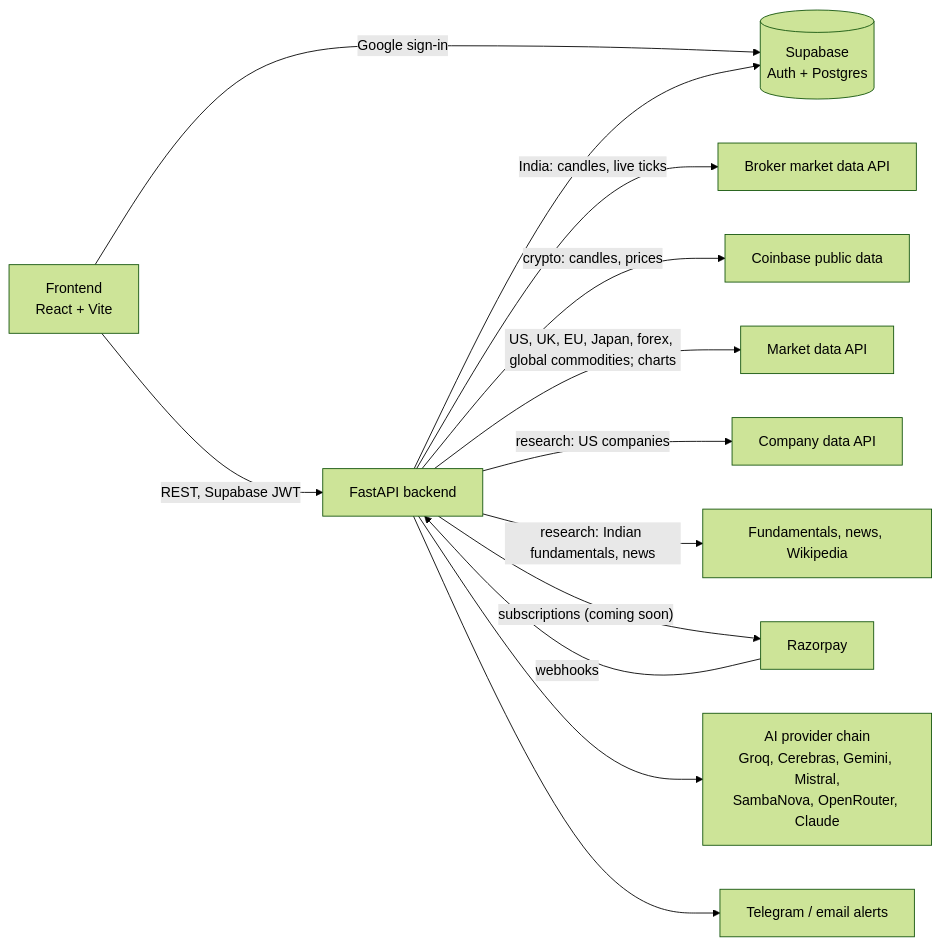
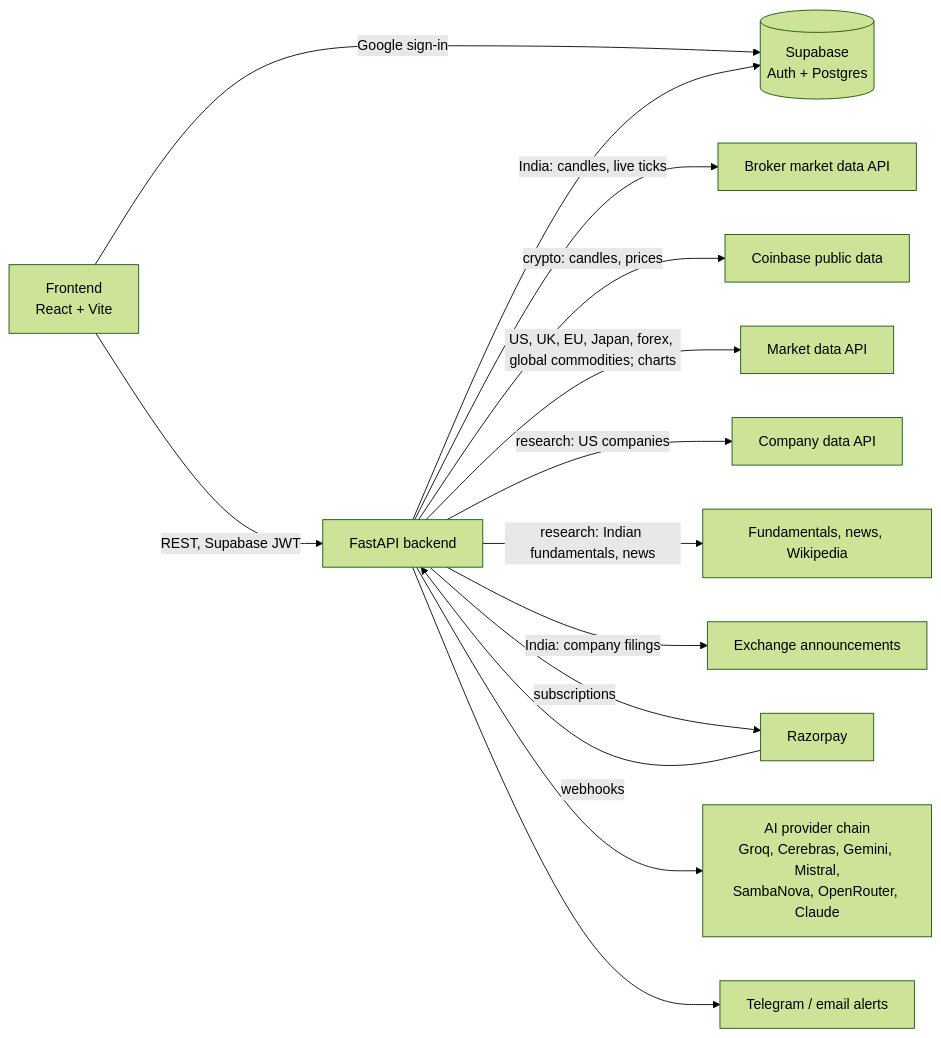
Before and after one commit to prakul1982/stratlab: the diagram in README.md, drawn with Mermaid (forest theme). The commit also changed other lines of this file and 19 other files, not shown here.

````diff
--- a/README.md
+++ b/README.md
@@ -166,15 +188,16 @@
 ```mermaid
 flowchart LR
     UI["Frontend<br/>React + Vite"] -- "REST, Supabase JWT" --> API["FastAPI backend"]
     UI -- "Google sign-in" --> SB[("Supabase<br/>Auth + Postgres")]
     API --> SB
     API -- "India: candles, live ticks" --> BROKER["Broker market data API"]
     API -- "crypto: candles, prices" --> CB["Coinbase public data"]
     API -- "US, UK, EU, Japan, forex, global commodities; charts" --> YF["Market data API"]
     API -- "research: US companies" --> FH["Company data API"]
     API -- "research: Indian fundamentals, news" --> SC["Fundamentals, news, Wikipedia"]
-    API -- "subscriptions (coming soon)" --> RZP["Razorpay"]
+    API -- "India: company filings" --> EX["Exchange announcements"]
+    API -- "subscriptions" --> RZP["Razorpay"]
     RZP -- "webhooks" --> API
     API --> AI["AI provider chain<br/>Groq, Cerebras, Gemini, Mistral,<br/>SambaNova, OpenRouter, Claude"]
     API --> ALERT["Telegram / email alerts"]
 ```
````
